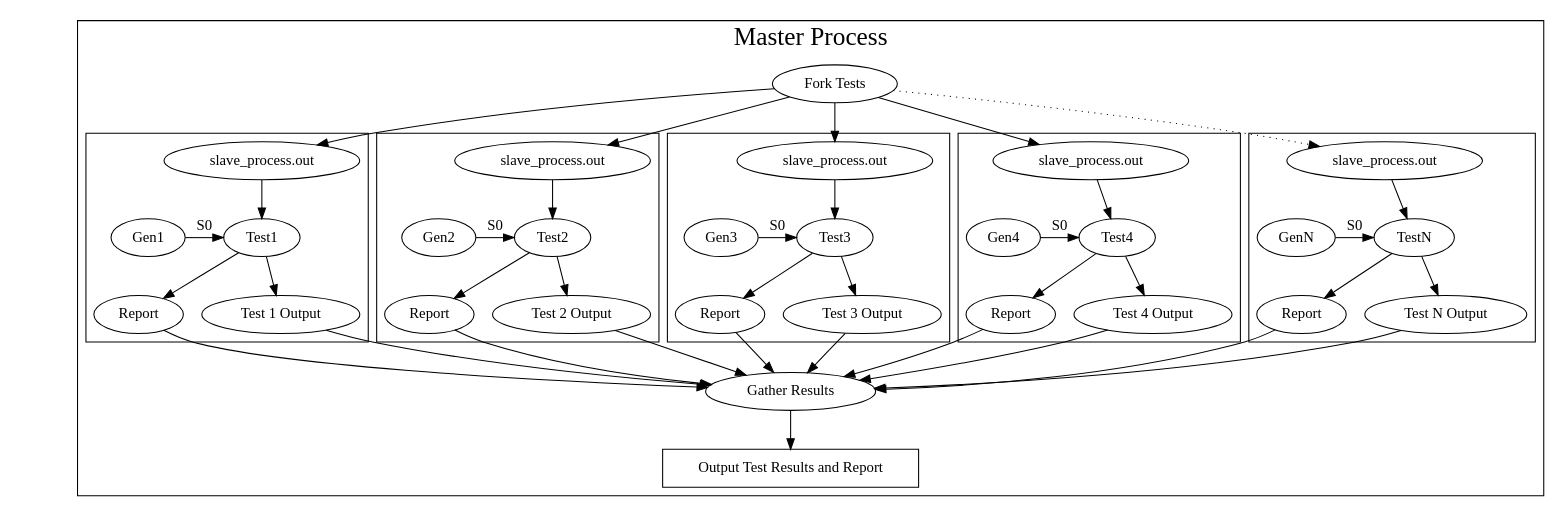
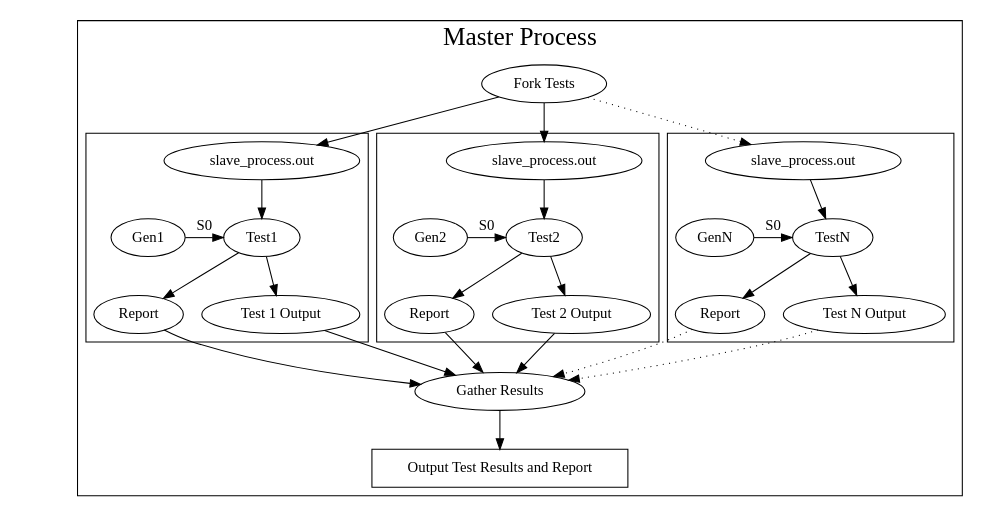
One commit to rski/project-poster changed the diagram in testu01_parallel.dot. Above: the diagram before and after it, drawn with Graphviz.

Commit message:
make the parallel graph smaller

```diff
--- a/testu01_parallel.dot
+++ b/testu01_parallel.dot
@@ -1,99 +1,105 @@
 digraph Testu1_serial {
   S0 [style = invis]
 
   subgraph cluster_test_master{
     fontsize = 24
     label = "Master Process"
     FinalOutput [ shape = box, label = "Output Test Results and Report" ]
     "Fork Tests"
 
     subgraph cluster_test_process1{
       fontsize = 24
       label = ""
       {rank = same; Gen1; Test1;}
       Slave1 [label = "slave_process.out"]
       Report1 [label = "Report"]
       Output1 [label = "Test 1 Output"]
       Gen1 [label = "Gen1"]
       Gen1 -> "Test1" [label = "S0"]
       Slave1 -> "Test1" -> Output1
       "Test1" -> Report1
     }
     subgraph cluster_test_process2{
       fontsize = 24
       label = ""
       {rank = same; Gen2; Test2;}
       Slave2 [label = "slave_process.out"]
       Report2 [label = "Report"]
       Output2 [label = "Test 2 Output"]
       Gen2 [label = "Gen2"]
       Gen2 -> "Test2" [label = "S0"]
       Slave2 -> "Test2" -> Output2
       "Test2" -> Report2
     }
+    /*
     subgraph cluster_test_process3{
       fontsize = 24
       label = ""
       {rank = same; Gen3; Test3;}
       Slave3 [label = "slave_process.out"]
       Report3 [label = "Report"]
       Output3 [label = "Test 3 Output"]
       Gen3 [label = "Gen3"]
       Gen3 -> "Test3" [label = "S0"]
       Slave3 -> "Test3" -> Output3
       "Test3" -> Report3
     }
     subgraph cluster_test_process4{
       fontsize = 24
       label = ""
       {rank = same; Gen4; Test4;}
       Slave4 [label = "slave_process.out"]
       Report4 [label = "Report"]
       Output4 [label = "Test 4 Output"]
       Gen4 [label = "Gen4"]
       Gen4 -> "Test4" [label = "S0"]
       Slave4 -> "Test4" -> Output4
       "Test4" -> Report4
     }
+    */
     subgraph cluster_test_processN{
       fontsize = 24
       label = ""
       {rank = same; GenN; TestN;}
       SlaveN [label = "slave_process.out"]
       ReportN [label = "Report"]
       OutputN [label = "Test N Output"]
       GenN [label = "GenN"]
       GenN -> "TestN" [label = "S0"]
       SlaveN -> "TestN" -> OutputN
       TestN -> ReportN
     }
     "Fork Tests" -> Slave1;
     "Fork Tests" -> Slave2;
+    /*
     "Fork Tests" -> Slave3;
     "Fork Tests" -> Slave4;
+    */
     "Fork Tests" -> SlaveN [style = dotted];
     Report1 -> "Gather Results"
     Report2 -> "Gather Results"
+    /*
     Report3 -> "Gather Results"
     Report4 -> "Gather Results"
-    ReportN -> "Gather Results"
+    */
+    ReportN -> "Gather Results" [style = dotted]
     Output1 -> "Gather Results"
     Output2 -> "Gather Results"
+    /*
     Output3 -> "Gather Results"
     Output4 -> "Gather Results"
-    OutputN -> "Gather Results"
+    */
+    OutputN -> "Gather Results" [style = dotted]
     "Gather Results" -> FinalOutput;
 
   }
 
-  subgraph cluster_test_suite {
-    fontsize = 30;
-    label = "Test Suite";
-  }
   newrank=true;
+  /*
   { rank = same; Slave1;Slave2;Slave3;Slave4;SlaveN; }
   { rank = same; Report1;Report2;Report3;Report4;ReportN; }
   { rank = same; Test1;Test2;Test3;Test4;TestN; }
   { rank = same; Test1;Test2;Test3;Test4;TestN; }
+  */
   compound = true;
 }
```
